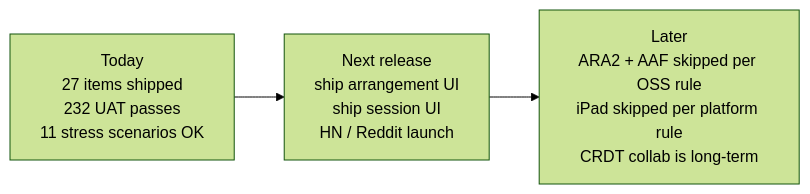
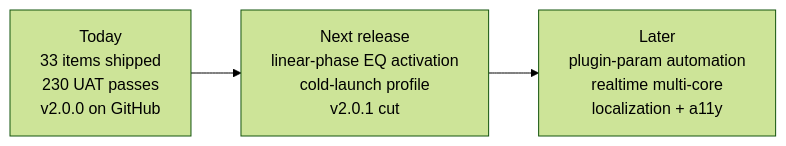
One commit to mstits/Tooot changed the second of 2 diagrams in docs/FEATURE_ROADMAP.md. Above: the diagram before and after it, drawn with Mermaid (forest theme). The commit also changed other lines of this file, not shown here.

First line of the commit message:
docs: roadmap accuracy pass

````diff
--- a/docs/FEATURE_ROADMAP.md
+++ b/docs/FEATURE_ROADMAP.md
@@ -16,5 +16,5 @@
 ```mermaid
 flowchart LR
-    Today[Today<br/>27 items shipped<br/>232 UAT passes<br/>11 stress scenarios OK] --> Next[Next release<br/>ship arrangement UI<br/>ship session UI<br/>HN / Reddit launch]
-    Next --> Later[Later<br/>ARA2 + AAF skipped per OSS rule<br/>iPad skipped per platform rule<br/>CRDT collab is long-term]
+    Today[Today<br/>33 items shipped<br/>230 UAT passes<br/>v2.0.0 on GitHub] --> Next[Next release<br/>linear-phase EQ activation<br/>cold-launch profile<br/>v2.0.1 cut]
+    Next --> Later[Later<br/>plugin-param automation<br/>realtime multi-core<br/>localization + a11y]
 ```
````
